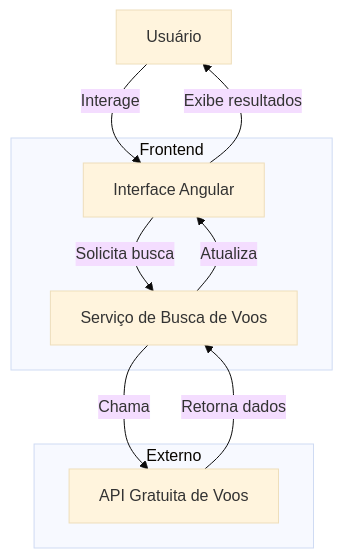
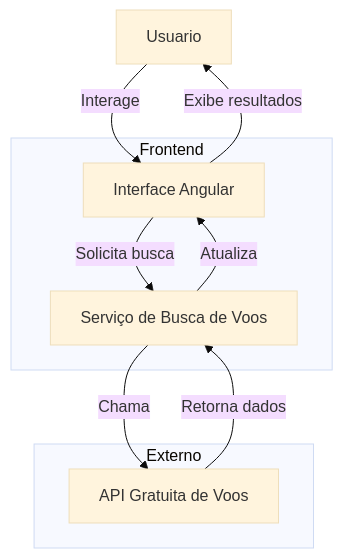
Before and after one commit to HenriqueDFernandes/EasyTravel-Dashboard: the diagram in docs/mermaid-frontend.md, drawn with Mermaid (base theme). The commit also changed 43 other files, not shown here.

````diff
--- a/docs/mermaid-frontend.md
+++ b/docs/mermaid-frontend.md
@@ -1,17 +1,17 @@
 ```mermaid
 flowchart TD
-    A[Usuário] -->|Interage| B[Interface Angular]
+    A[Usuario] -->|Interage| B[Interface Angular]
     B -->|Solicita busca| C[Serviço de Busca de Voos]
     C -->|Chama| D[API Gratuita de Voos]
     D -->|Retorna dados| C
     C -->|Atualiza| B
     B -->|Exibe resultados| A
 
     subgraph Frontend
         B
         C
     end
     subgraph Externo
         D
     end
 ```
````
